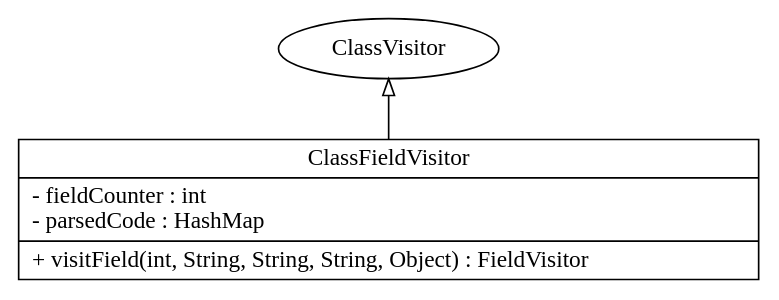
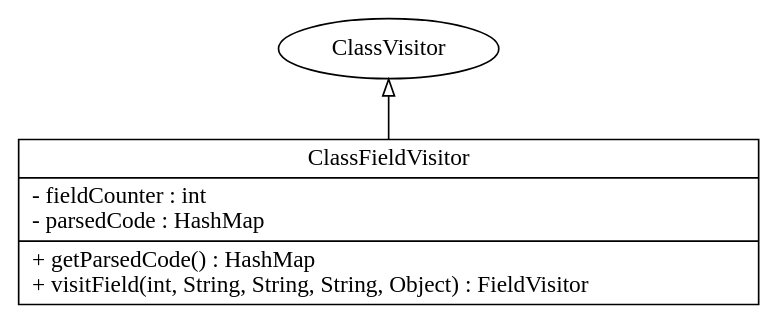
The diagram in input_output/graph.gv (JGSquared/374Project), drawn with Graphviz before and after one commit. The commit also changed 7 other files, not shown here.

```diff
--- a/input_output/graph.gv
+++ b/input_output/graph.gv
@@ -1,6 +1,6 @@
 digraph G{
 rankdir=BT;
 ClassFieldVisitor [
 shape="record",
-label = "{ClassFieldVisitor|- fieldCounter : int\l- parsedCode : HashMap\l|+ visitField(int, String, String, String, Object) : FieldVisitor\l}"
+label = "{ClassFieldVisitor|- fieldCounter : int\l- parsedCode : HashMap\l|+ getParsedCode() : HashMap\l+ visitField(int, String, String, String, Object) : FieldVisitor\l}"
 ];ClassFieldVisitor -> ClassVisitor [arrowhead="onormal", style="solid"];}
```
